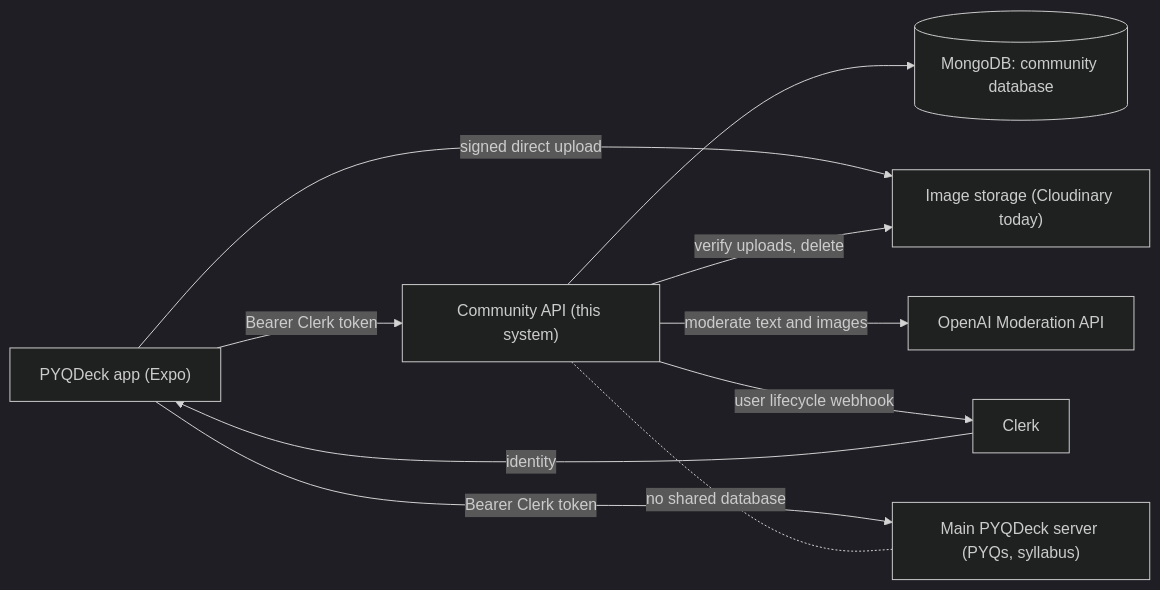
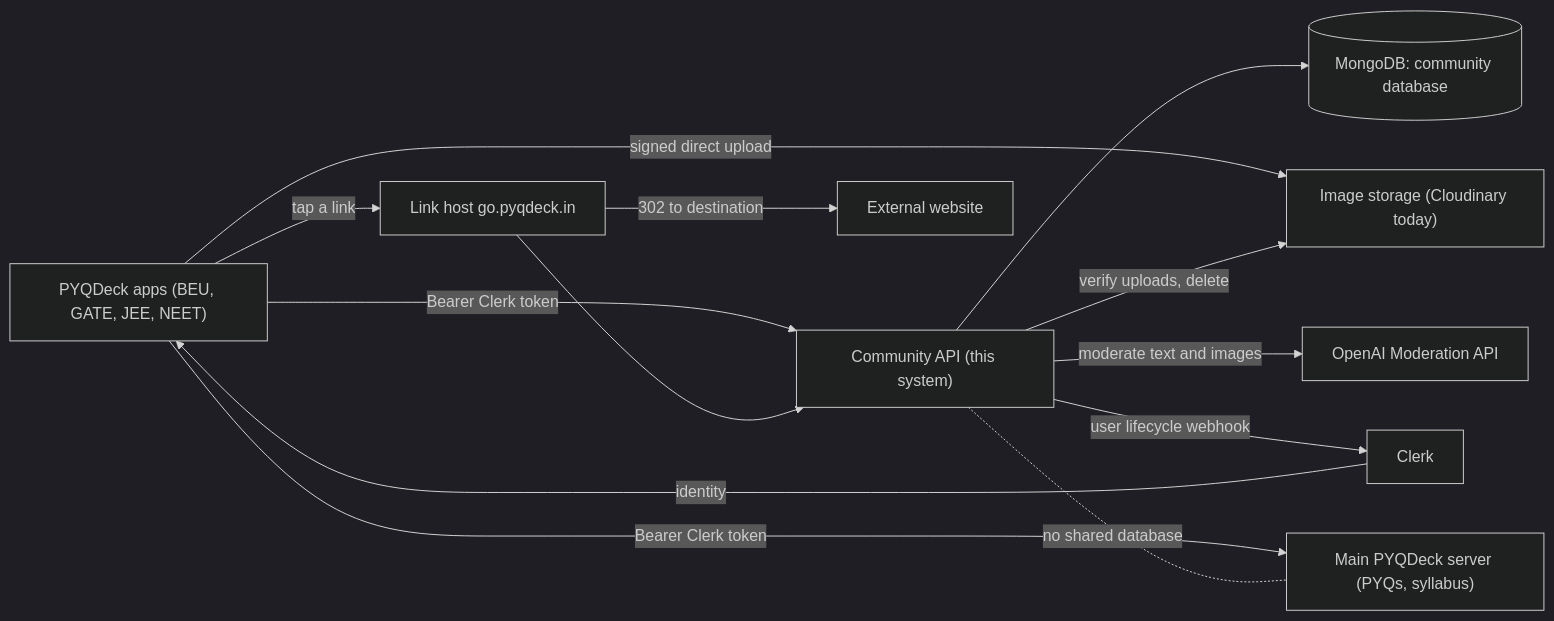
The first of 3 diagrams in docs/SRS.md (hasanraiyan/pyqdeck-community), drawn with Mermaid (dark theme) before and after one commit. The commit also changed other lines of this file and 134 other files, not shown here.

````diff
--- a/docs/SRS.md
+++ b/docs/SRS.md
@@ -69,12 +74,15 @@
 ```mermaid
 flowchart LR
-  App["PYQDeck app (Expo)"] -->|"Bearer Clerk token"| API["Community API (this system)"]
+  App["PYQDeck apps (BEU, GATE, JEE, NEET)"] -->|"Bearer Clerk token"| API["Community API (this system)"]
   App -->|"Bearer Clerk token"| Main["Main PYQDeck server (PYQs, syllabus)"]
   App -->|"signed direct upload"| Img["Image storage (Cloudinary today)"]
   API --> DB[("MongoDB: community database")]
+  App -->|"tap a link"| Go["Link host go.pyqdeck.in"]
+  Go --> API
+  Go -->|"302 to destination"| Web["External website"]
   API -->|"verify uploads, delete"| Img
   API -->|"moderate text and images"| Mod["OpenAI Moderation API"]
   API -->|"user lifecycle webhook"| Clerk["Clerk"]
   Clerk -->|"identity"| App
   API -. "no shared database" .- Main
 ```
````
